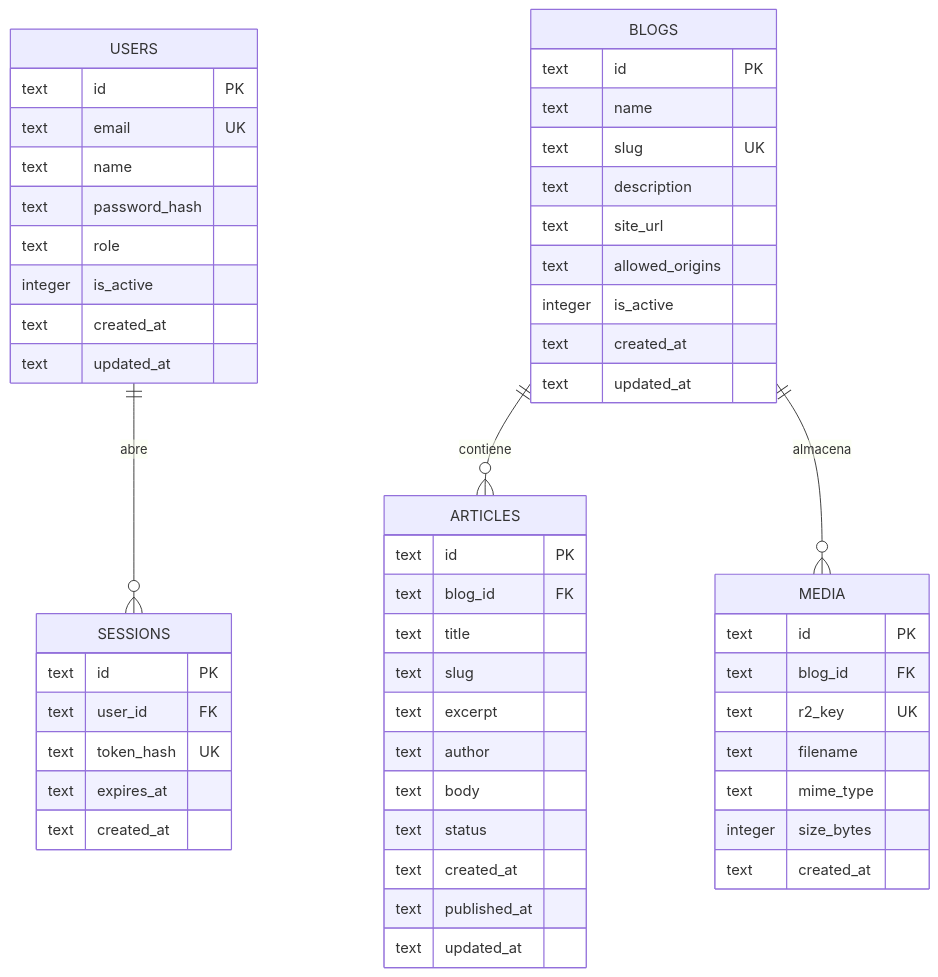
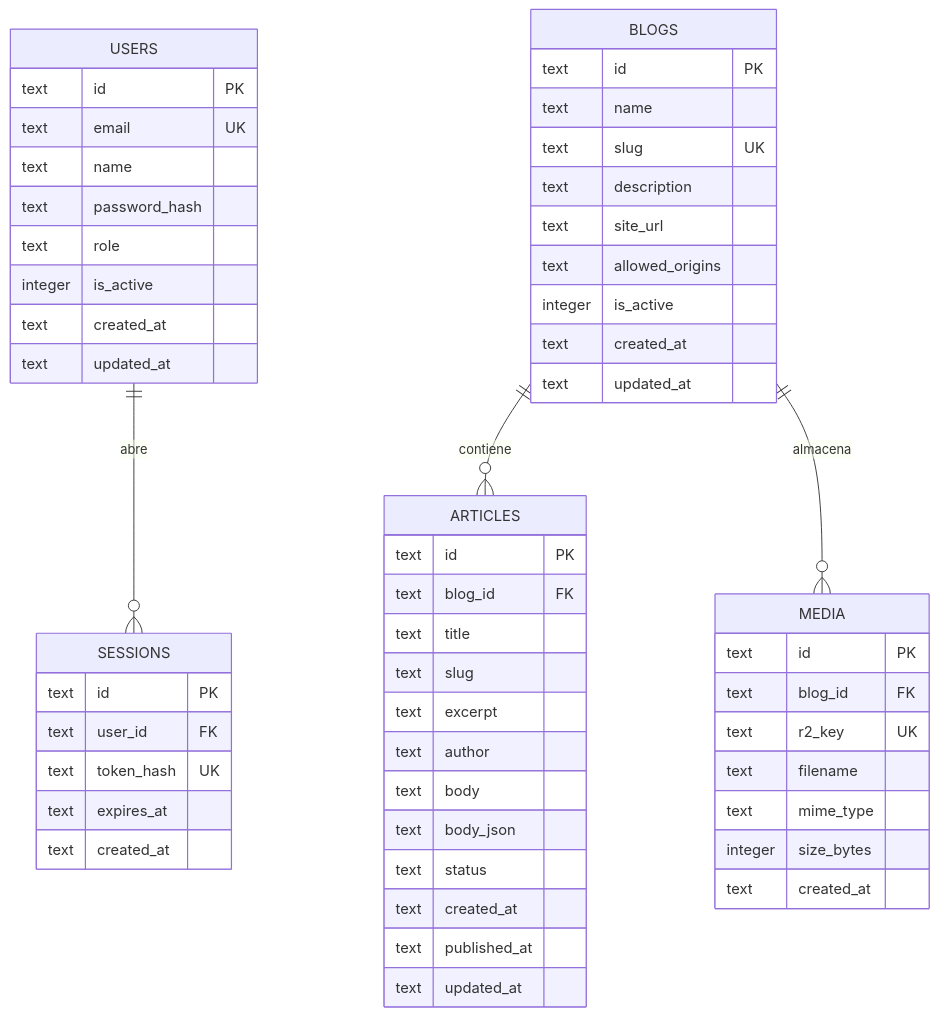
The second of 2 diagrams in docs/ARQUITECTURA.md (danieluruena/blog-manager), drawn with Mermaid before and after one commit. The commit also changed other lines of this file and 43 other files, not shown here.

````diff
--- a/docs/ARQUITECTURA.md
+++ b/docs/ARQUITECTURA.md
@@ -184,61 +184,62 @@
 ```mermaid
 erDiagram
     USERS ||--o{ SESSIONS : "abre"
     BLOGS ||--o{ ARTICLES : "contiene"
     BLOGS ||--o{ MEDIA : "almacena"
 
     USERS {
         text id PK
         text email UK
         text name
         text password_hash
         text role
         integer is_active
         text created_at
         text updated_at
     }
 
     SESSIONS {
         text id PK
         text user_id FK
         text token_hash UK
         text expires_at
         text created_at
     }
 
     BLOGS {
         text id PK
         text name
         text slug UK
         text description
         text site_url
         text allowed_origins
         integer is_active
         text created_at
         text updated_at
     }
 
     ARTICLES {
         text id PK
         text blog_id FK
         text title
         text slug
         text excerpt
         text author
         text body
+        text body_json
         text status
         text created_at
         text published_at
         text updated_at
     }
 
     MEDIA {
         text id PK
         text blog_id FK
         text r2_key UK
         text filename
         text mime_type
         integer size_bytes
         text created_at
     }
 ```
````
